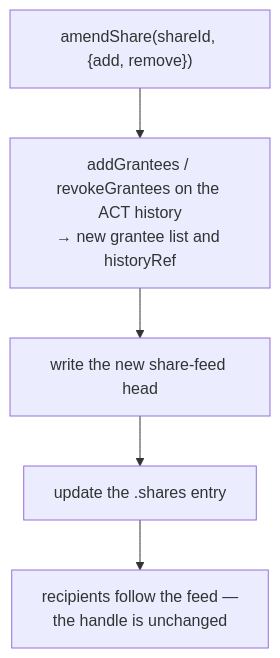
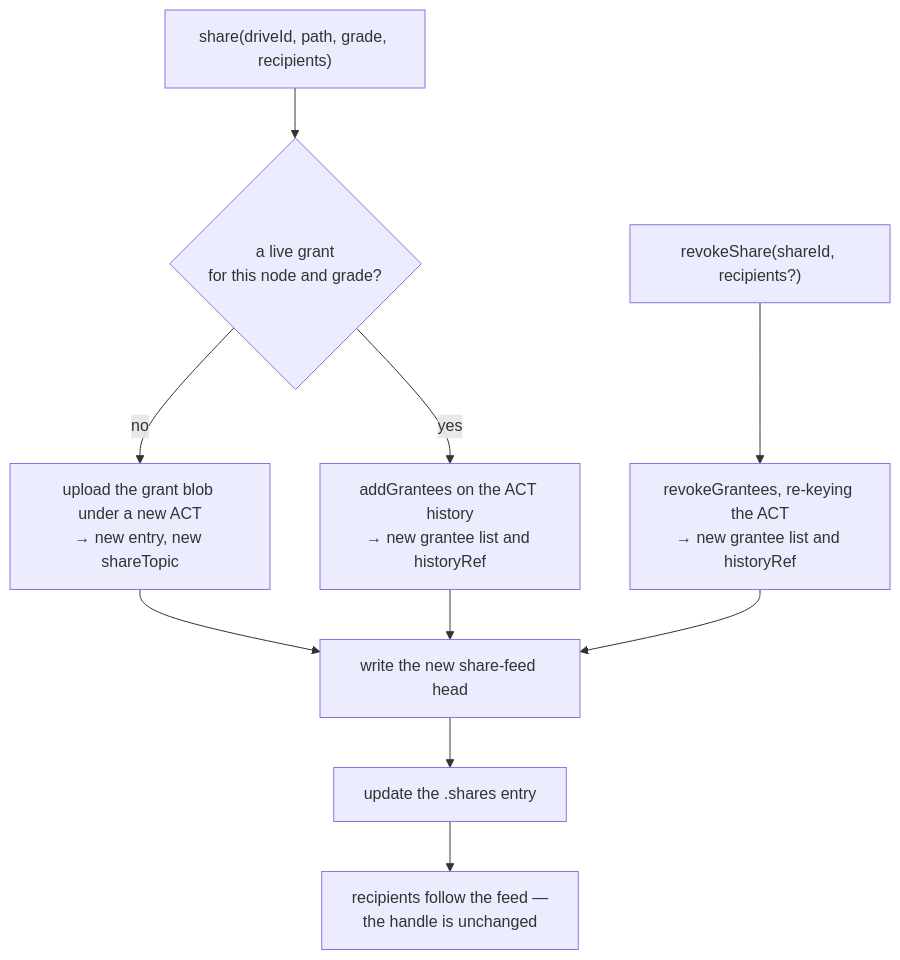
Before and after one commit to Solar-Punk-Ltd/file-manager-lib: the fourth of 4 diagrams in docs/ACCESS_CONTROL.md, drawn with Mermaid. The commit also changed other lines of this file and 9 other files, not shown here.

Commit message:
refactor: share and revoke

````diff
--- a/docs/ACCESS_CONTROL.md
+++ b/docs/ACCESS_CONTROL.md
@@ -251,7 +277,12 @@
 ```mermaid
 flowchart TD
-    A["amendShare(shareId, {add, remove})"] --> C["addGrantees / revokeGrantees on the ACT history<br/>→ new grantee list and historyRef"]
-    C --> D["write the new share-feed head"]
+    A["share(driveId, path, grade, recipients)"] --> B{"a live grant<br/>for this node and grade?"}
+    B -- no --> M["upload the grant blob under a new ACT<br/>→ new entry, new shareTopic"]
+    B -- yes --> C["addGrantees on the ACT history<br/>→ new grantee list and historyRef"]
+    R["revokeShare(shareId, recipients?)"] --> C2["revokeGrantees, re-keying the ACT<br/>→ new grantee list and historyRef"]
+    M --> D["write the new share-feed head"]
+    C --> D
+    C2 --> D
     D --> E["update the .shares entry"]
     E --> F["recipients follow the feed —<br/>the handle is unchanged"]
 ```
````
